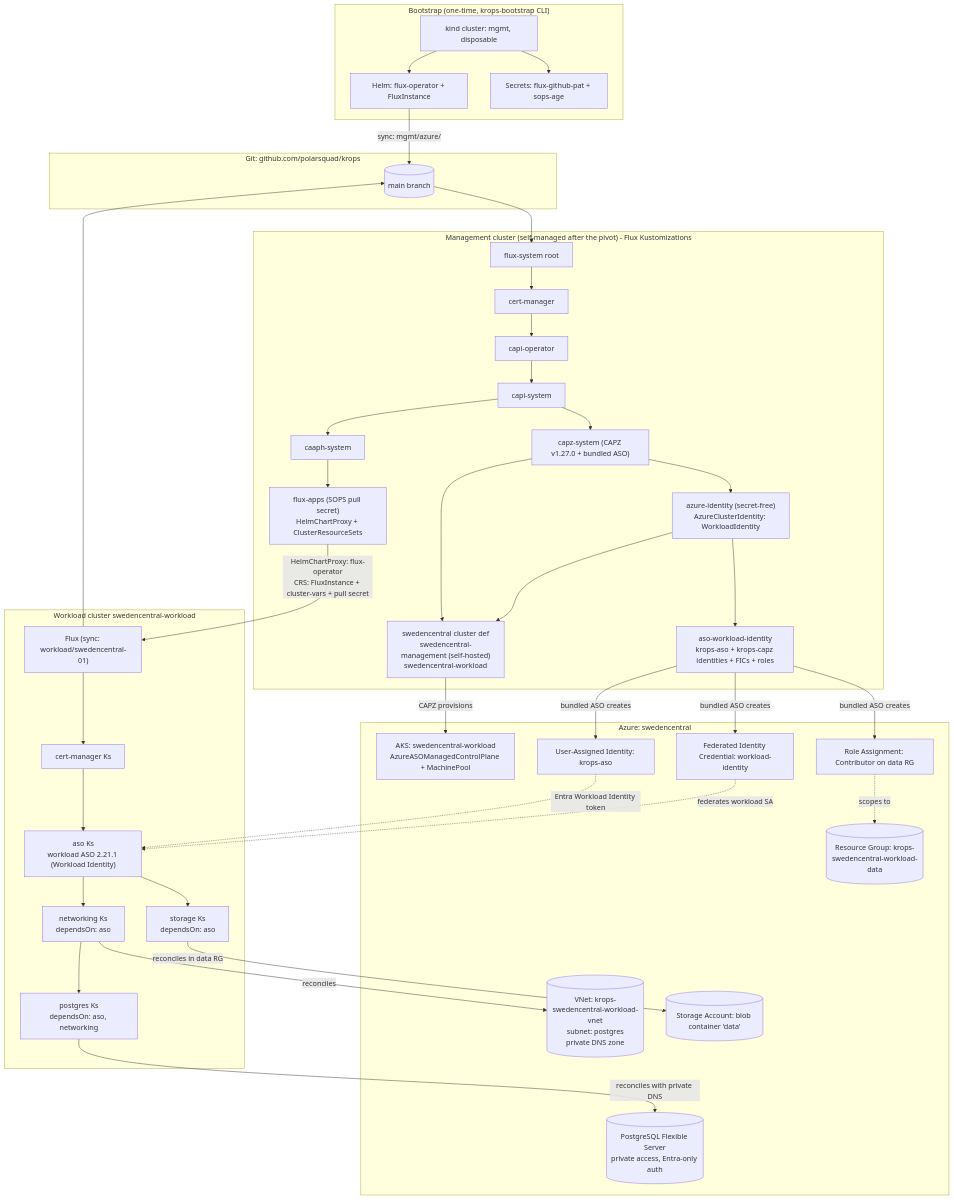
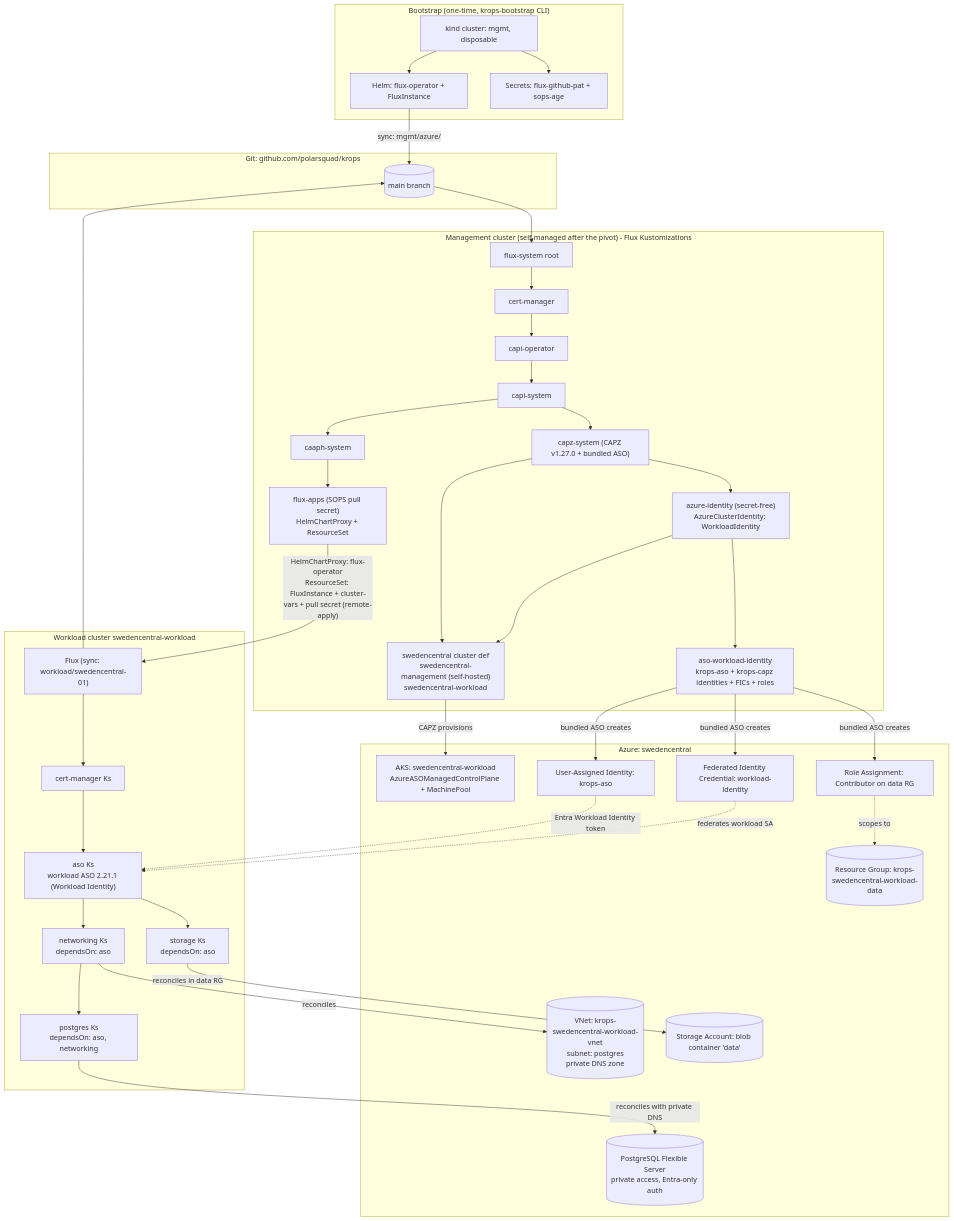
Before and after one commit to lmilbaum/krops: the second of 5 diagrams in docs/architecture.md, drawn with Mermaid. The commit also changed other lines of this file and 54 other files, not shown here.

First line of the commit message:
Replace per-workload ClusterResourceSets with a templated ResourceSet (#557)

````diff
--- a/docs/architecture.md
+++ b/docs/architecture.md
@@ -225,75 +228,75 @@
 ```mermaid
 flowchart TD
     subgraph bootstrap["Bootstrap (one-time, krops-bootstrap CLI)"]
         KIND[kind cluster: mgmt, disposable]
         HELM[Helm: flux-operator + FluxInstance]
         SEC[Secrets: flux-github-pat + sops-age]
         KIND --> HELM
         KIND --> SEC
     end
 
     subgraph git["Git: github.com/polarsquad/krops"]
         REPO[(main branch)]
     end
 
     HELM -->|"sync: mgmt/azure/"| REPO
 
     subgraph mgmt["Management cluster (self-managed after the pivot) - Flux Kustomizations"]
         FS[flux-system root]
         CM[cert-manager]
         CO[capi-operator]
         CAPIS[capi-system]
         CAPZS["capz-system (CAPZ v1.27.0 + bundled ASO)"]
         CAAPH[caaph-system]
         AZID["azure-identity (secret-free)<br/>AzureClusterIdentity: WorkloadIdentity"]
         ASOWI["aso-workload-identity<br/>krops-aso + krops-capz identities + FICs + roles"]
         SWEDENC["swedencentral cluster def<br/>swedencentral-management (self-hosted)<br/>swedencentral-workload"]
-        FA["flux-apps (SOPS pull secret)<br/>HelmChartProxy + ClusterResourceSets"]
+        FA["flux-apps (SOPS pull secret)<br/>HelmChartProxy + ResourceSet"]
 
         FS --> CM --> CO --> CAPIS --> CAPZS
         CAPIS --> CAAPH --> FA
         CAPZS --> AZID --> ASOWI
         CAPZS --> SWEDENC
         AZID --> SWEDENC
     end
 
     REPO --> FS
 
     subgraph azure["Azure: swedencentral"]
         AKS[AKS: swedencentral-workload<br/>AzureASOManagedControlPlane + MachinePool]
         UAI[User-Assigned Identity: krops-aso]
         FIC[Federated Identity Credential: workload-identity]
         ROLE[Role Assignment: Contributor on data RG]
         RG[(Resource Group: krops-swedencentral-workload-data)]
         VNET[(VNet: krops-swedencentral-workload-vnet<br/>subnet: postgres<br/>private DNS zone)]
         SA[(Storage Account: blob container 'data')]
         PSQL[(PostgreSQL Flexible Server<br/>private access, Entra-only auth)]
     end
 
     SWEDENC -->|CAPZ provisions| AKS
     ASOWI -->|bundled ASO creates| UAI
     ASOWI -->|bundled ASO creates| FIC
     ASOWI -->|bundled ASO creates| ROLE
     ROLE -.->|scopes to| RG
 
-    FA -->|"HelmChartProxy: flux-operator<br/>CRS: FluxInstance + cluster-vars + pull secret"| WF
+    FA -->|"HelmChartProxy: flux-operator<br/>ResourceSet: FluxInstance + cluster-vars + pull secret (remote-apply)"| WF
 
     subgraph wl["Workload cluster swedencentral-workload"]
         WF["Flux (sync: workload/swedencentral-01)"]
         WCM["cert-manager Ks"]
         WASO["aso Ks<br/>workload ASO 2.21.1 (Workload Identity)"]
         WNET["networking Ks<br/>dependsOn: aso"]
         WSTOR["storage Ks<br/>dependsOn: aso"]
         WPSQL["postgres Ks<br/>dependsOn: aso, networking"]
 
         WF --> WCM --> WASO --> WNET --> WPSQL
         WASO --> WSTOR
     end
 
     WF --> REPO
     UAI -.->|Entra Workload Identity token| WASO
     FIC -.->|federates workload SA| WASO
     WNET -->|reconciles| VNET
     WSTOR -->|reconciles in data RG| SA
     WPSQL -->|reconciles with private DNS| PSQL
 ```
````
